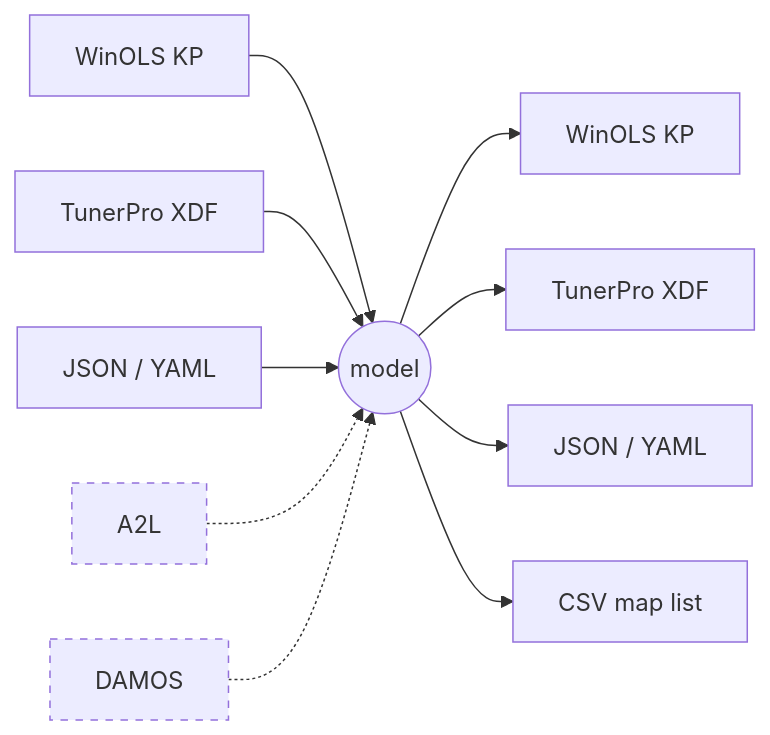
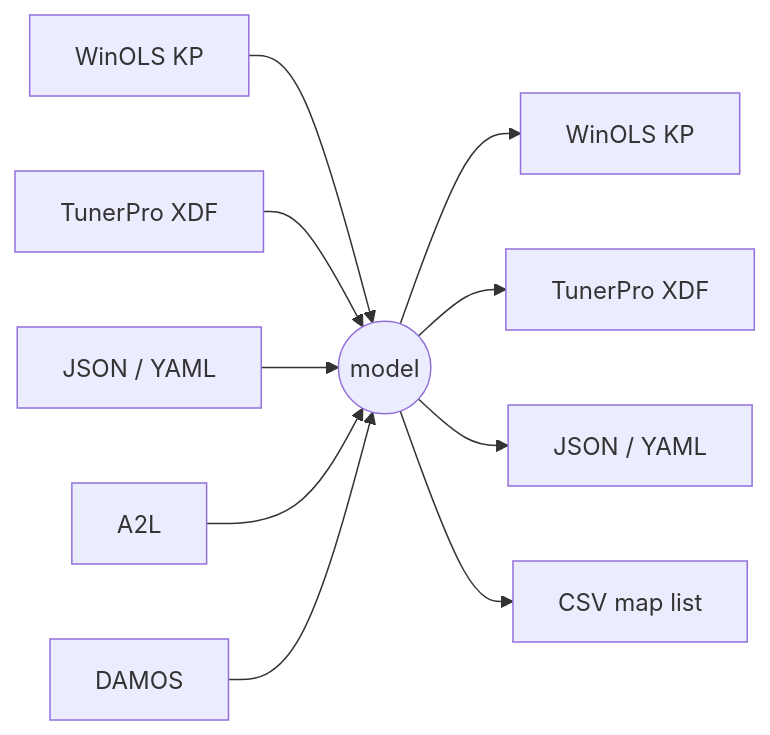
The first of 2 diagrams in DEVELOPER.md (nyetlabs/xdfkit), drawn with Mermaid before and after one commit. The commit also changed other lines of this file and 21 other files, not shown here.

First line of the commit message:
feat: read A2L and DAMOS into the model

````diff
--- a/DEVELOPER.md
+++ b/DEVELOPER.md
@@ -22,15 +22,13 @@
 ```mermaid
 flowchart LR
   kpin["WinOLS KP"] --> model
   xdfin["TunerPro XDF"] --> model
   jsonin["JSON / YAML"] --> model
-  a2l["A2L"] -.-> model
-  damos["DAMOS"] -.-> model
+  a2l["A2L"] --> model
+  damos["DAMOS"] --> model
   model(("model"))
   model --> kpout["WinOLS KP"]
   model --> xdfout["TunerPro XDF"]
   model --> jsonout["JSON / YAML"]
   model --> csv["CSV map list"]
-  classDef planned stroke-dasharray: 5 5
-  class a2l,damos planned
 ```
````
